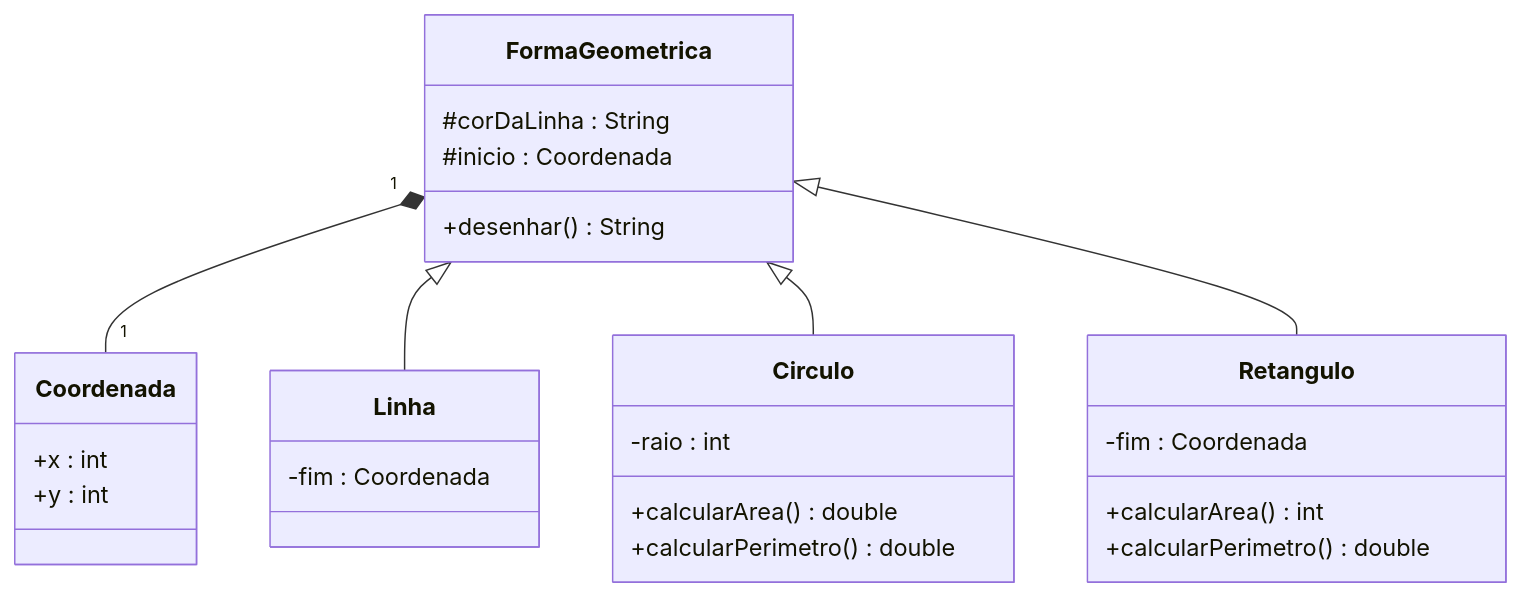
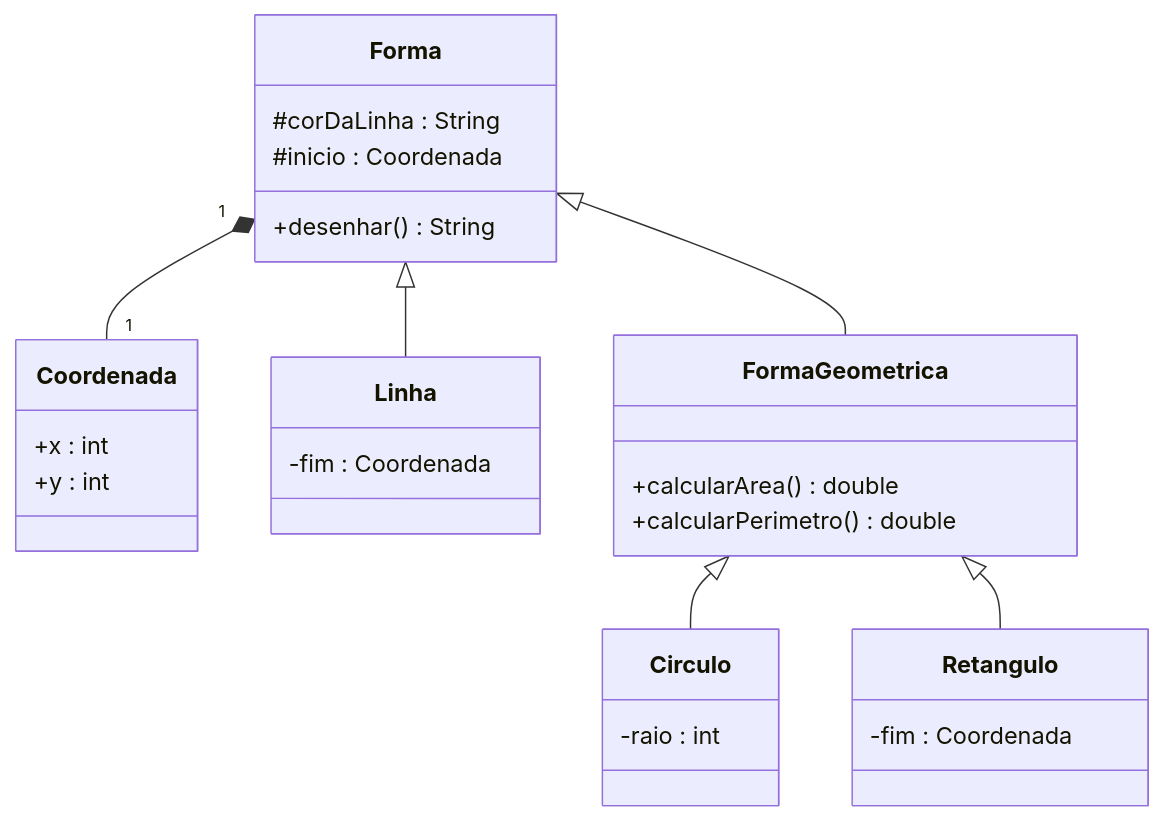
One commit to LuisEAbreu/poo changed the diagram in aulas/2026-10-26/projeto01/README.md. Above: the diagram before and after it, drawn with Mermaid.

Commit message:
Modelando UML da v2 do exercício

````diff
--- a/aulas/2026-10-26/projeto01/README.md
+++ b/aulas/2026-10-26/projeto01/README.md
@@ -1,34 +1,36 @@
 ```mermaid
 classDiagram
     class Coordenada{
         +x : int
         +y : int
     }
     
-    class FormaGeometrica{
+    class Forma{
         #corDaLinha : String
         #inicio : Coordenada
         +desenhar()  String
     }
     
     class Linha{
         -fim : Coordenada
     }
     
-    class Circulo{
-        -raio : int
+    class FormaGeometrica{
         +calcularArea() double
         +calcularPerimetro() double
     }
     
+    class Circulo{
+        -raio : int
+    }
+    
     class Retangulo{
         -fim : Coordenada
-        +calcularArea() int
-        +calcularPerimetro() double
     }
 
-    FormaGeometrica "1" *-- "1" Coordenada
-    FormaGeometrica <|-- Linha
+    Forma "1" *-- "1" Coordenada
+    Forma <|-- Linha
+    Forma <|-- FormaGeometrica
     FormaGeometrica <|-- Circulo
     FormaGeometrica <|-- Retangulo
 ```
````
